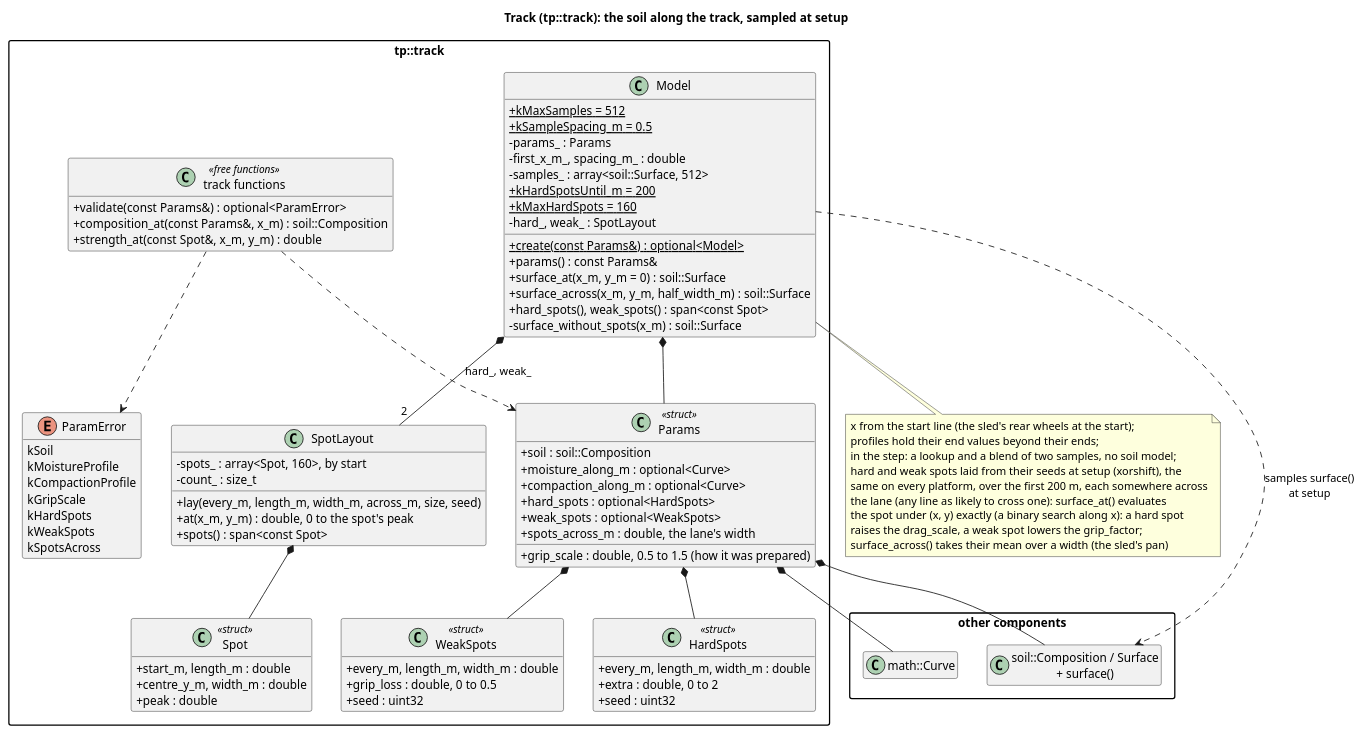
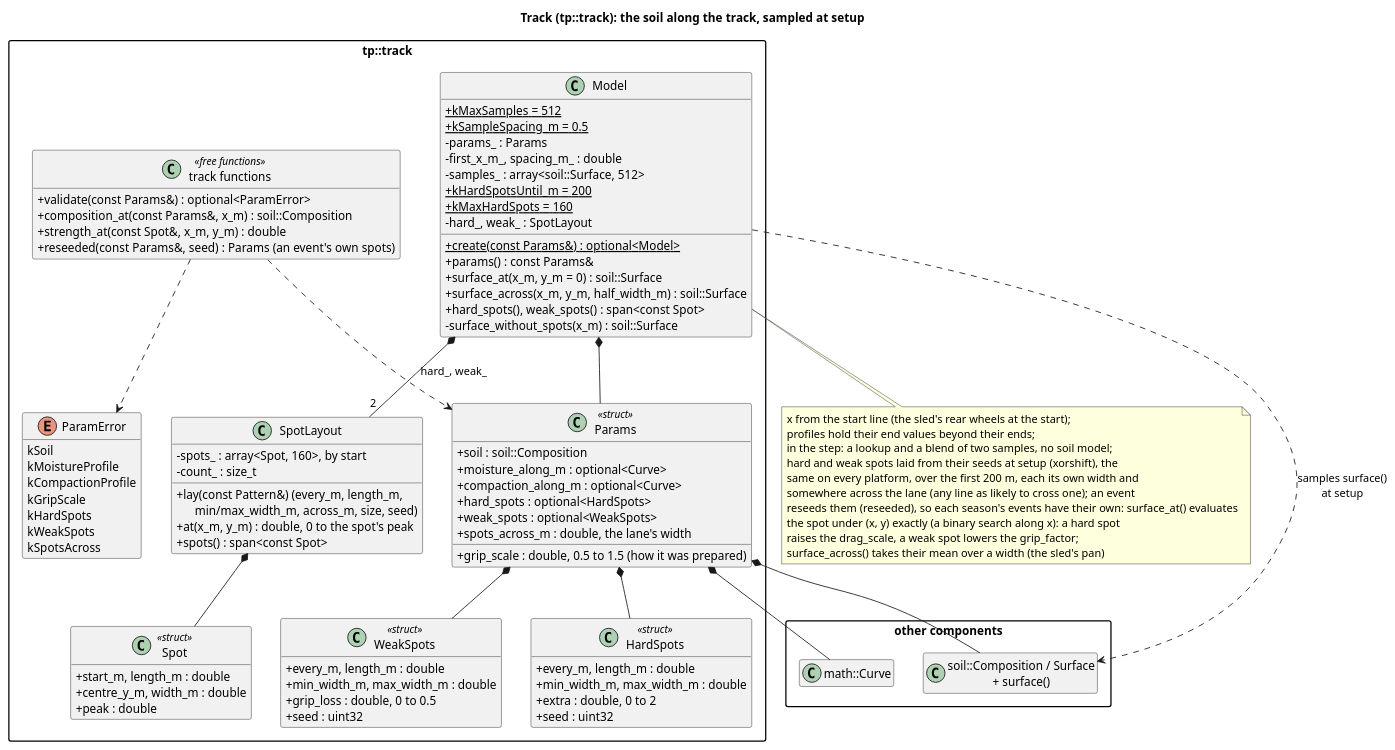
One commit to wversteeg/TractorPulling changed the diagram in docs/diagrams/track_classes.puml. Above: the diagram before and after it, drawn with PlantUML. The commit also changed 23 other files, not shown here.

First line of the commit message:
Each event lays its own spots, of varying widths

```diff
--- a/docs/diagrams/track_classes.puml
+++ b/docs/diagrams/track_classes.puml
@@ -1,96 +1,100 @@
 @startuml track_classes
 title Track (tp::track): the soil along the track, sampled at setup
 hide empty members
 skinparam packageStyle rectangle
 skinparam classAttributeIconSize 0
 
 package "other components" {
   class "soil::Composition / Surface\n+ surface()" as Soil
   class "math::Curve" as Curve
 }
 
 package "tp::track" {
   class Params <<struct>> {
     +soil : soil::Composition
     +moisture_along_m : optional<Curve>
     +compaction_along_m : optional<Curve>
     +grip_scale : double, 0.5 to 1.5 (how it was prepared)
     +hard_spots : optional<HardSpots>
     +weak_spots : optional<WeakSpots>
     +spots_across_m : double, the lane's width
   }
   class HardSpots <<struct>> {
-    +every_m, length_m, width_m : double
+    +every_m, length_m : double
+    +min_width_m, max_width_m : double
     +extra : double, 0 to 2
     +seed : uint32
   }
   class WeakSpots <<struct>> {
-    +every_m, length_m, width_m : double
+    +every_m, length_m : double
+    +min_width_m, max_width_m : double
     +grip_loss : double, 0 to 0.5
     +seed : uint32
   }
   class Spot <<struct>> {
     +start_m, length_m : double
     +centre_y_m, width_m : double
     +peak : double
   }
   class SpotLayout {
     -spots_ : array<Spot, 160>, by start
     -count_ : size_t
-    +lay(every_m, length_m, width_m, across_m, size, seed)
+    +lay(const Pattern&) (every_m, length_m,\n      min/max_width_m, across_m, size, seed)
     +at(x_m, y_m) : double, 0 to the spot's peak
     +spots() : span<const Spot>
   }
   class Model {
     +{static} kMaxSamples = 512
     +{static} kSampleSpacing_m = 0.5
     -params_ : Params
     -first_x_m_, spacing_m_ : double
     -samples_ : array<soil::Surface, 512>
     +{static} kHardSpotsUntil_m = 200
     +{static} kMaxHardSpots = 160
     -hard_, weak_ : SpotLayout
     +{static} create(const Params&) : optional<Model>
     +params() : const Params&
     +surface_at(x_m, y_m = 0) : soil::Surface
     +surface_across(x_m, y_m, half_width_m) : soil::Surface
     +hard_spots(), weak_spots() : span<const Spot>
     -surface_without_spots(x_m) : soil::Surface
   }
   enum ParamError {
     kSoil
     kMoistureProfile
     kCompactionProfile
     kGripScale
     kHardSpots
     kWeakSpots
     kSpotsAcross
   }
   class "track functions" as TrackFns <<free functions>> {
     +validate(const Params&) : optional<ParamError>
     +composition_at(const Params&, x_m) : soil::Composition
     +strength_at(const Spot&, x_m, y_m) : double
+    +reseeded(const Params&, seed) : Params (an event's own spots)
   }
   Model *-- Params
   Params *-- HardSpots
   Params *-- WeakSpots
   Model *-- "2" SpotLayout : hard_, weak_
   SpotLayout *-- Spot
   TrackFns ..> Params
   TrackFns ..> ParamError
 }
 Params *-- Curve
 Params *-- Soil
 Model ..> Soil : samples surface()\nat setup
 note bottom of Model
   x from the start line (the sled's rear wheels at the start);
   profiles hold their end values beyond their ends;
   in the step: a lookup and a blend of two samples, no soil model;
   hard and weak spots laid from their seeds at setup (xorshift), the
-  same on every platform, over the first 200 m, each somewhere across
-  the lane (any line as likely to cross one): surface_at() evaluates
+  same on every platform, over the first 200 m, each its own width and
+  somewhere across the lane (any line as likely to cross one); an event
+  reseeds them (reseeded), so each season's events have their own: surface_at() evaluates
   the spot under (x, y) exactly (a binary search along x): a hard spot
   raises the drag_scale, a weak spot lowers the grip_factor;
   surface_across() takes their mean over a width (the sled's pan)
 end note
 @enduml
```
